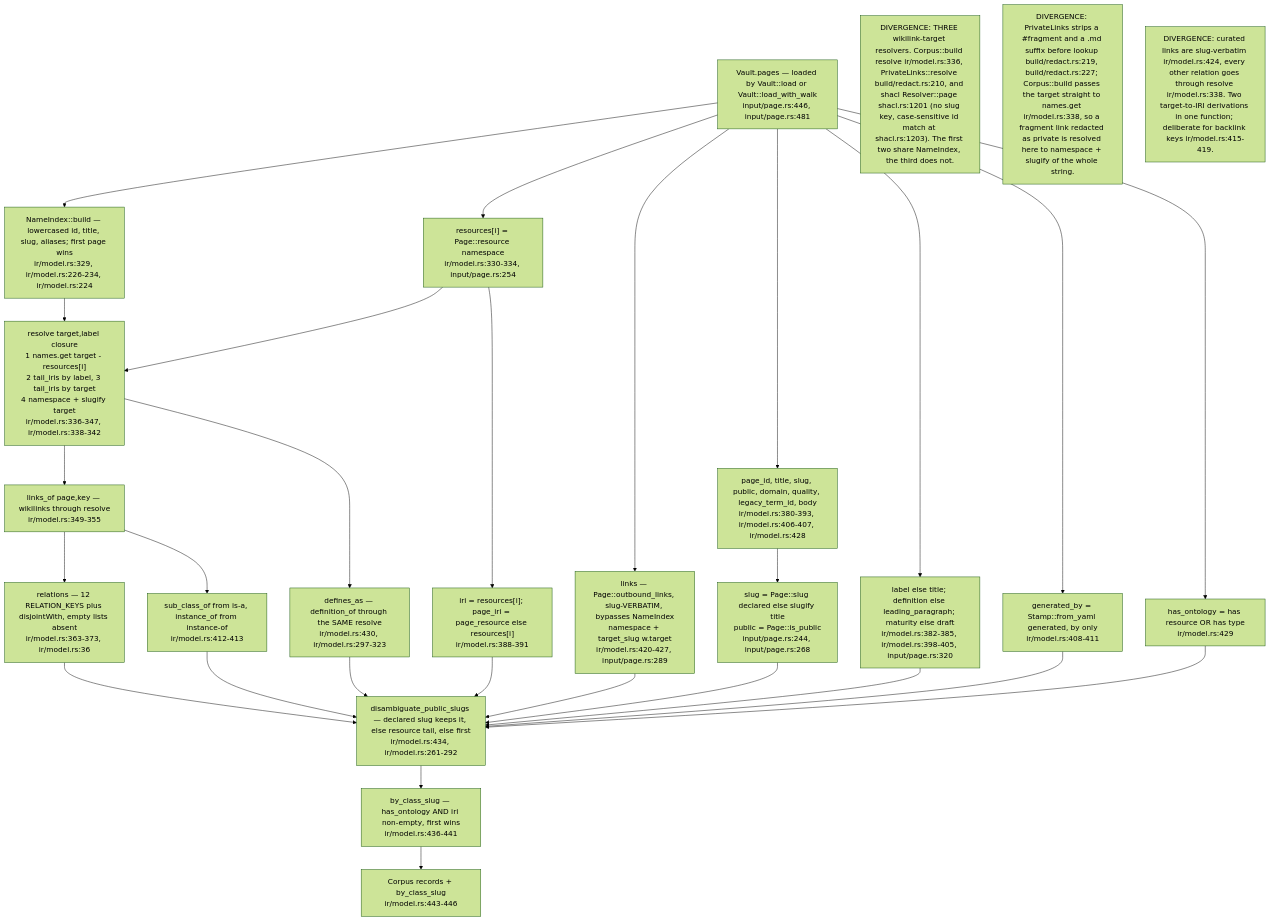
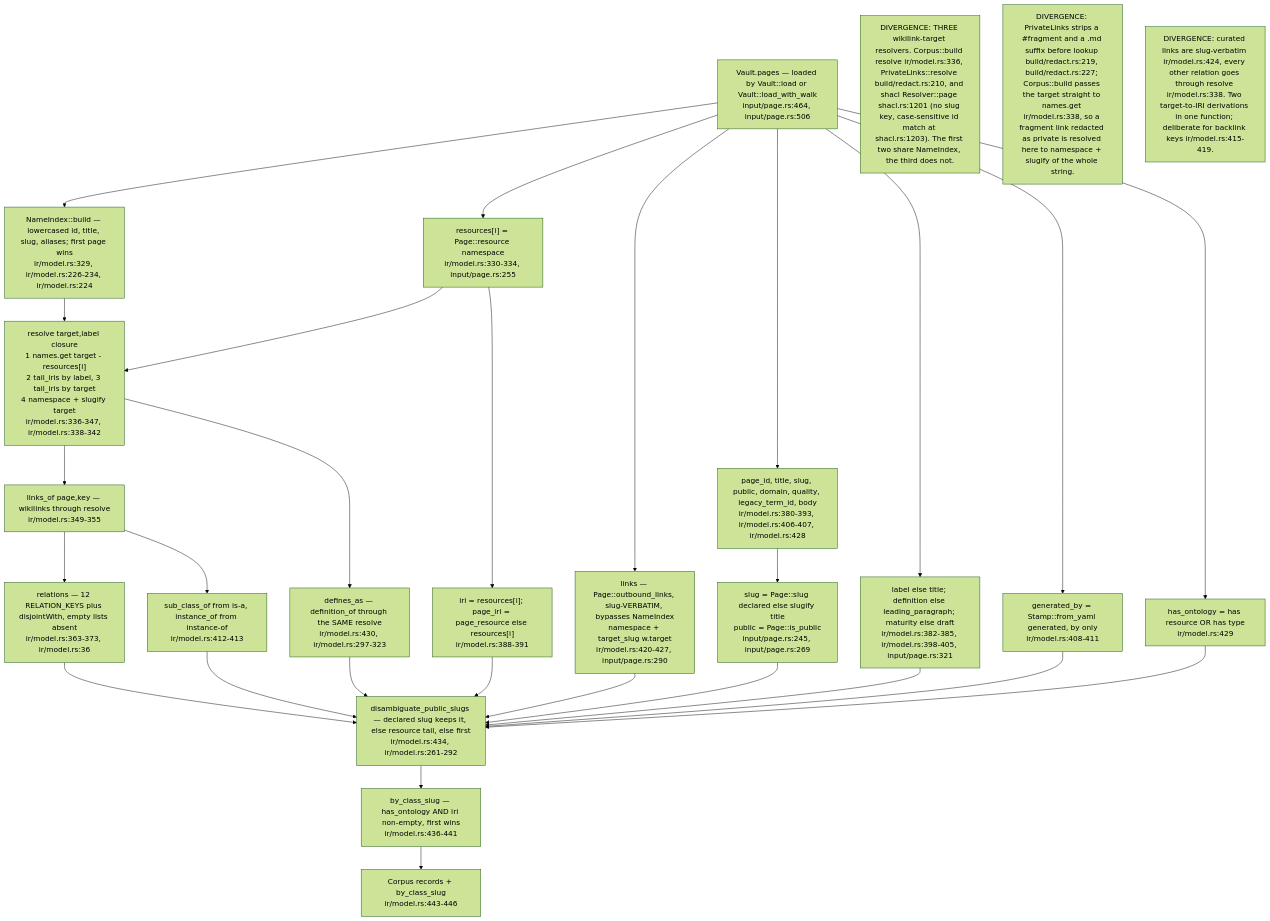
The first of 6 diagrams in docs/diagrams/ontomark/02-ir-corpus-projection-and-redaction.md (DreamLab-AI/VisionFlow), drawn with Mermaid (forest theme) before and after one commit. The commit also changed other lines of this file and 91 other files, not shown here.

````diff
--- a/docs/diagrams/ontomark/02-ir-corpus-projection-and-redaction.md
+++ b/docs/diagrams/ontomark/02-ir-corpus-projection-and-redaction.md
@@ -33,45 +33,45 @@
 ```mermaid
 flowchart TD
-    VAULT["Vault.pages — loaded by Vault::load or Vault::load_with_walk<br/>input/page.rs:446, input/page.rs:481"]
+    VAULT["Vault.pages — loaded by Vault::load or Vault::load_with_walk<br/>input/page.rs:464, input/page.rs:506"]
     NAMES["NameIndex::build — lowercased id, title, slug, aliases; first page wins<br/>ir/model.rs:329, ir/model.rs:226-234, ir/model.rs:224"]
-    RES["resources[i] = Page::resource namespace<br/>ir/model.rs:330-334, input/page.rs:254"]
+    RES["resources[i] = Page::resource namespace<br/>ir/model.rs:330-334, input/page.rs:255"]
     RESOLVE["resolve target,label closure<br/>1 names.get target - resources[i]<br/>2 tail_iris by label, 3 tail_iris by target<br/>4 namespace + slugify target<br/>ir/model.rs:336-347, ir/model.rs:338-342"]
     LINKSOF["links_of page,key — wikilinks through resolve<br/>ir/model.rs:349-355"]
     REL["relations — 12 RELATION_KEYS plus disjointWith, empty lists absent<br/>ir/model.rs:363-373, ir/model.rs:36"]
     ISA["sub_class_of from is-a, instance_of from instance-of<br/>ir/model.rs:412-413"]
-    CURATED["links — Page::outbound_links, slug-VERBATIM, bypasses NameIndex<br/>namespace + target_slug w.target<br/>ir/model.rs:420-427, input/page.rs:289"]
+    CURATED["links — Page::outbound_links, slug-VERBATIM, bypasses NameIndex<br/>namespace + target_slug w.target<br/>ir/model.rs:420-427, input/page.rs:290"]
     DEFS["defines_as — definition_of through the SAME resolve<br/>ir/model.rs:430, ir/model.rs:297-323"]
     SCALARS["page_id, title, slug, public, domain, quality, legacy_term_id, body<br/>ir/model.rs:380-393, ir/model.rs:406-407, ir/model.rs:428"]
-    SLUGSRC["slug = Page::slug declared else slugify title<br/>public = Page::is_public<br/>input/page.rs:244, input/page.rs:268"]
+    SLUGSRC["slug = Page::slug declared else slugify title<br/>public = Page::is_public<br/>input/page.rs:245, input/page.rs:269"]
     IRIS["iri = resources[i]; page_iri = page_resource else resources[i]<br/>ir/model.rs:388-391"]
-    TEXTS["label else title; definition else leading_paragraph; maturity else draft<br/>ir/model.rs:382-385, ir/model.rs:398-405, input/page.rs:320"]
+    TEXTS["label else title; definition else leading_paragraph; maturity else draft<br/>ir/model.rs:382-385, ir/model.rs:398-405, input/page.rs:321"]
     GEN["generated_by = Stamp::from_yaml generated, by only<br/>ir/model.rs:408-411"]
     HASONT["has_ontology = has resource OR has type<br/>ir/model.rs:429"]
     DISAMB["disambiguate_public_slugs — declared slug keeps it, else resource tail, else first<br/>ir/model.rs:434, ir/model.rs:261-292"]
     BYSLUG["by_class_slug — has_ontology AND iri non-empty, first wins<br/>ir/model.rs:436-441"]
     OUT["Corpus records + by_class_slug<br/>ir/model.rs:443-446"]
     VAULT --> NAMES --> RESOLVE
     VAULT --> RES --> RESOLVE
     RESOLVE --> LINKSOF --> REL
     LINKSOF --> ISA
     RESOLVE --> DEFS
     VAULT --> CURATED
     VAULT --> SCALARS --> SLUGSRC
     RES --> IRIS
     VAULT --> TEXTS
     VAULT --> GEN
     VAULT --> HASONT
     REL --> DISAMB
     ISA --> DISAMB
     CURATED --> DISAMB
     DEFS --> DISAMB
     SLUGSRC --> DISAMB
     IRIS --> DISAMB
     TEXTS --> DISAMB
     GEN --> DISAMB
     HASONT --> DISAMB
     DISAMB --> BYSLUG --> OUT
     n1["DIVERGENCE: THREE wikilink-target resolvers. Corpus::build resolve ir/model.rs:336, PrivateLinks::resolve build/redact.rs:210, and shacl Resolver::page shacl.rs:1201 (no slug key, case-sensitive id match at shacl.rs:1203). The first two share NameIndex, the third does not."]
     n2["DIVERGENCE: PrivateLinks strips a #fragment and a .md suffix before lookup build/redact.rs:219, build/redact.rs:227; Corpus::build passes the target straight to names.get ir/model.rs:338, so a fragment link redacted as private is resolved here to namespace + slugify of the whole string."]
     n3["DIVERGENCE: curated links are slug-verbatim ir/model.rs:424, every other relation goes through resolve ir/model.rs:338. Two target-to-IRI derivations in one function; deliberate for backlink keys ir/model.rs:415-419."]
 ```
````
